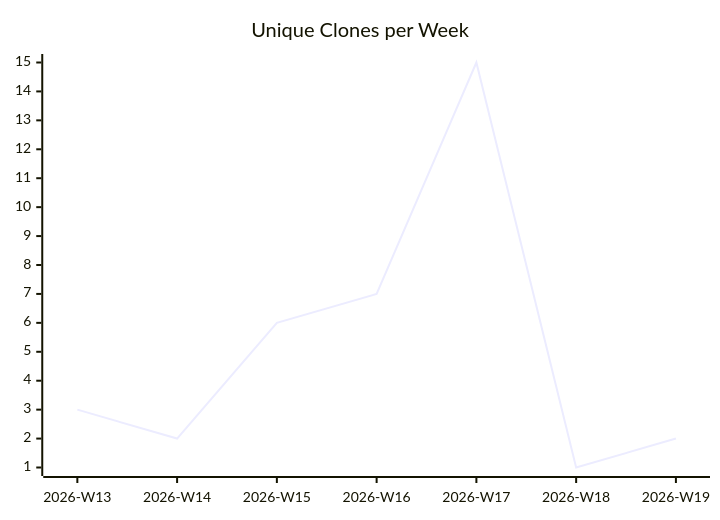
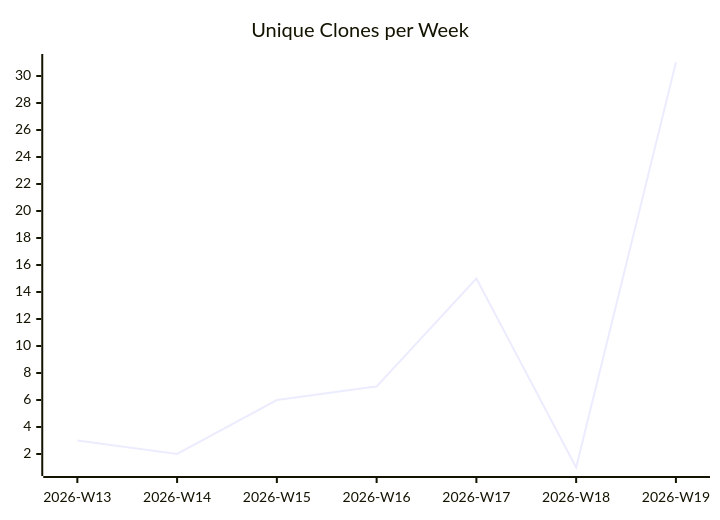
Before and after one commit to justdavis-family/github-analytics-data: the third of 3 diagrams in karlmdavis/justdavis-ansible/README.md, drawn with Mermaid. The commit also changed other lines of this file and 185 other files, not shown here.

````diff
--- a/karlmdavis/justdavis-ansible/README.md
+++ b/karlmdavis/justdavis-ansible/README.md
@@ -19,6 +19,6 @@
 ```mermaid
 xychart-beta
   title "Unique Clones per Week"
   x-axis ["2026-W13", "2026-W14", "2026-W15", "2026-W16", "2026-W17", "2026-W18", "2026-W19"]
-  line [3, 2, 6, 7, 15, 1, 2]
+  line [3, 2, 6, 7, 15, 1, 31]
 ```
````
